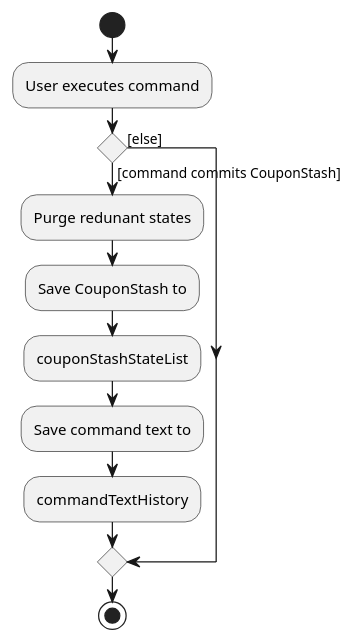
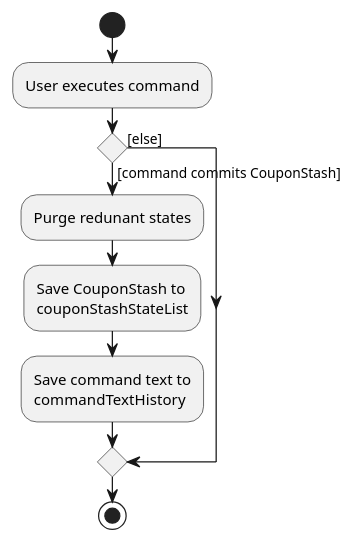
The diagram in docs/diagrams/undoredo/CommitActivityDiagram.puml (nus-cs2103-AY1920S2/addressbook-level3), drawn with PlantUML before and after one commit. The commit also changed 8 other files, not shown here.

First line of the commit message:
Remove unused UndoRedo diagrams

```diff
--- a/docs/diagrams/undoredo/CommitActivityDiagram.puml
+++ b/docs/diagrams/undoredo/CommitActivityDiagram.puml
@@ -1,17 +1,17 @@
 @startuml
 start
 :User executes command;
 
 'Since the beta syntax does not support placing the condition outside the
 'diamond we place it as the true branch instead.
 
 if () then ([command commits CouponStash])
     :Purge redunant states;
-    :Save CouponStash to;
-    :couponStashStateList;
-    :Save command text to;
-    :commandTextHistory;
+    :Save CouponStash to\n\
+couponStashStateList;
+    :Save command text to\n\
+commandTextHistory;
 else ([else])
 endif
 stop
 @enduml
```
